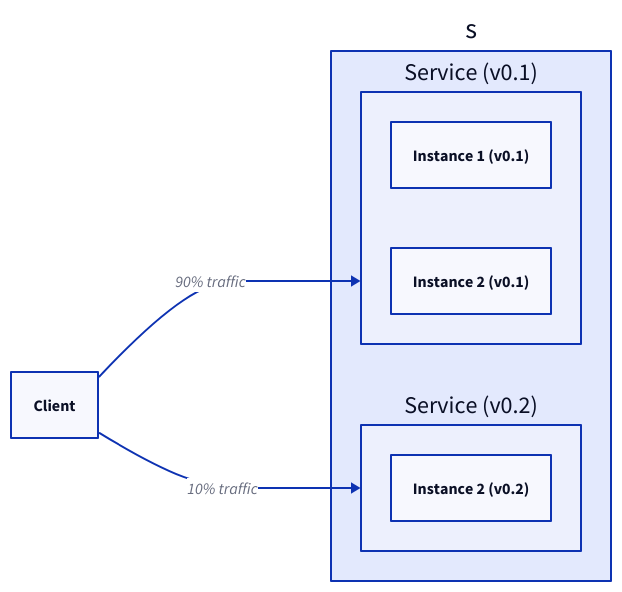
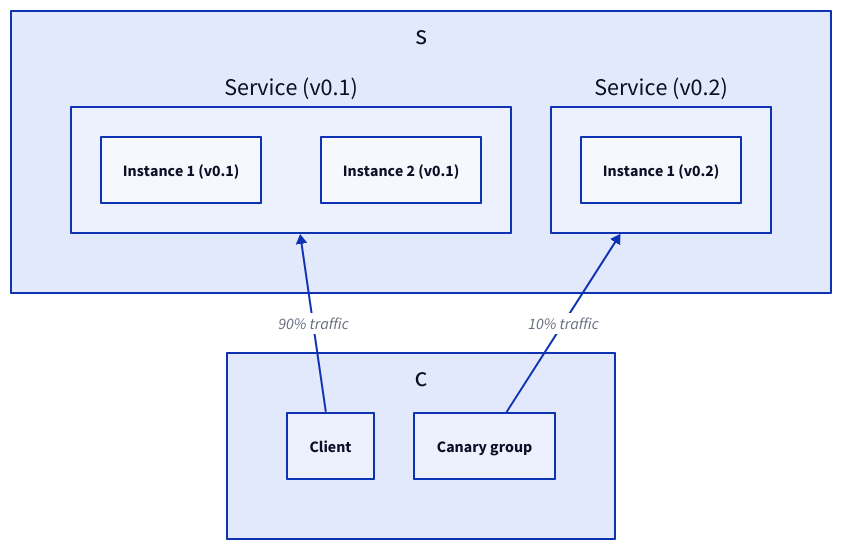
Before and after one commit to link1905/system-design-101: the eighth of 9 diagrams in content/docs/system-administration/system-deployment/deployment-strategies.md, drawn with D2. The commit also changed other lines of this file and 21 other files, not shown here.

````diff
--- a/content/docs/system-administration/system-deployment/deployment-strategies.md
+++ b/content/docs/system-administration/system-deployment/deployment-strategies.md
@@ -279,23 +288,32 @@
 ```d2
 direction: right
 s {
+  class: none
+  grid-rows: 1
   s1: Service (v0.1) {
     i1: "Instance 1 (v0.1)" {
         class: server
     }
     i2: "Instance 2 (v0.1)" {
         class: server
     }
   }
   s2: Service (v0.2) {
-    i1: "Instance 2 (v0.2)" {
+    i1: "Instance 1 (v0.2)" {
         class: server
     }
   }
 }
-c: Client {
-    class: client
+c {
+  class: none
+  grid-rows: 1
+  c: Client {
+      class: client
+  }
+  ca: Canary group {
+      class: client
+  }
 }
-c -> s.s1: 90% traffic
-c -> s.s2: 10% traffic
+c.c -> s.s1: 90% traffic
+c.ca -> s.s2: 10% traffic
 ```
````
